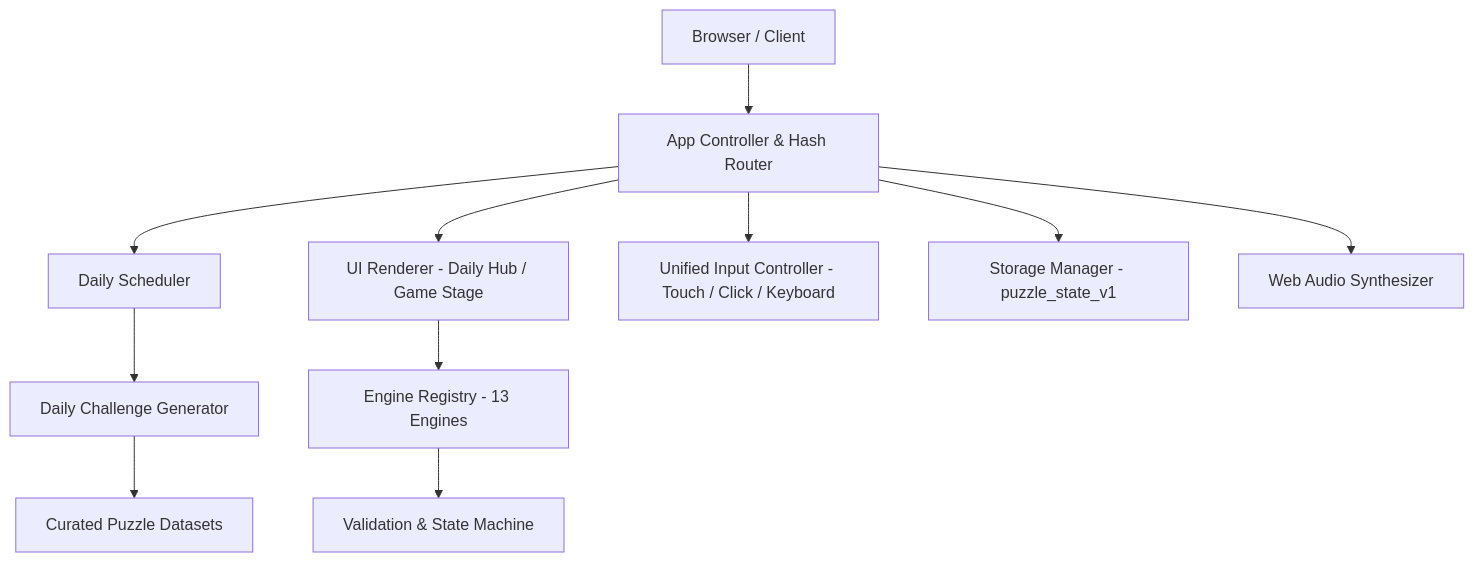
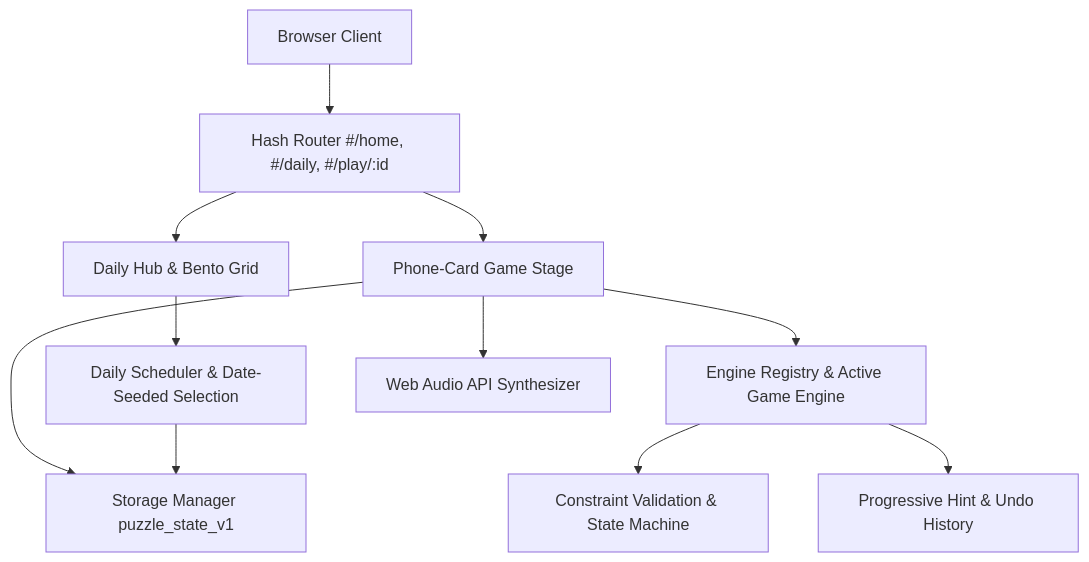
Before and after one commit to arpitmishra6567/puzzle: the diagram in README.md, drawn with Mermaid. The commit also changed other lines of this file, not shown here.

````diff
--- a/README.md
+++ b/README.md
@@ -141,16 +164,16 @@
 ```mermaid
 graph TD
-    A[Browser / Client] --> B[App Controller & Hash Router]
-    B --> C[Daily Scheduler]
-    B --> D[UI Renderer - Daily Hub / Game Stage]
-    B --> E[Unified Input Controller - Touch / Click / Keyboard]
+    User[Browser Client] --> Router[Hash Router #/home, #/daily, #/play/:id]
+    Router --> HubView[Daily Hub & Bento Grid]
+    Router --> StageView[Phone-Card Game Stage]
     
-    C --> F[Daily Challenge Generator]
-    F --> G[Curated Puzzle Datasets]
+    HubView --> DailyGen[Daily Scheduler & Date-Seeded Selection]
+    StageView --> Registry[Engine Registry & Active Game Engine]
     
-    D --> H[Engine Registry - 13 Engines]
-    H --> I[Validation & State Machine]
+    Registry --> Validation[Constraint Validation & State Machine]
+    Registry --> Hints[Progressive Hint & Undo History]
     
-    B --> J[Storage Manager - puzzle_state_v1]
-    B --> K[Web Audio Synthesizer]
+    StageView --> Audio[Web Audio API Synthesizer]
+    StageView --> Storage[Storage Manager puzzle_state_v1]
+    DailyGen --> Storage
 ```
````
